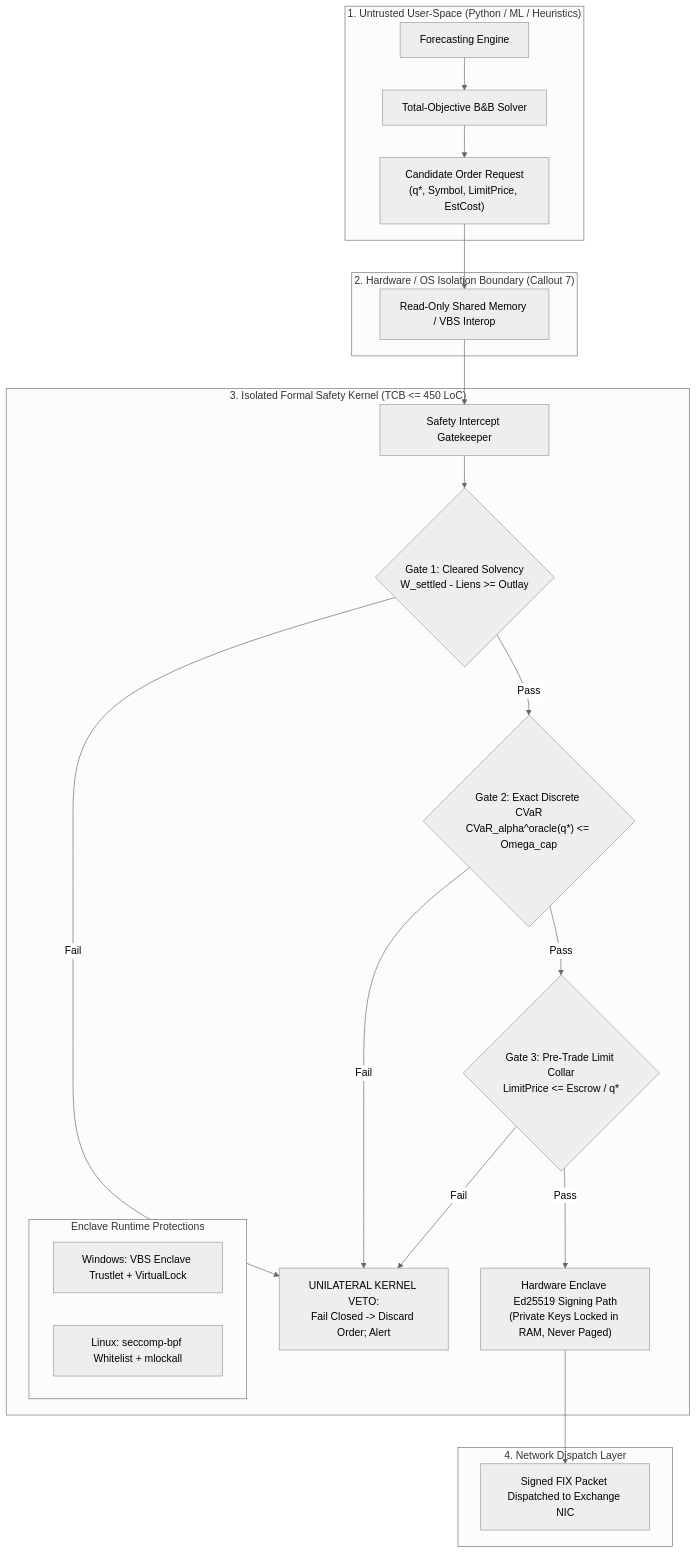
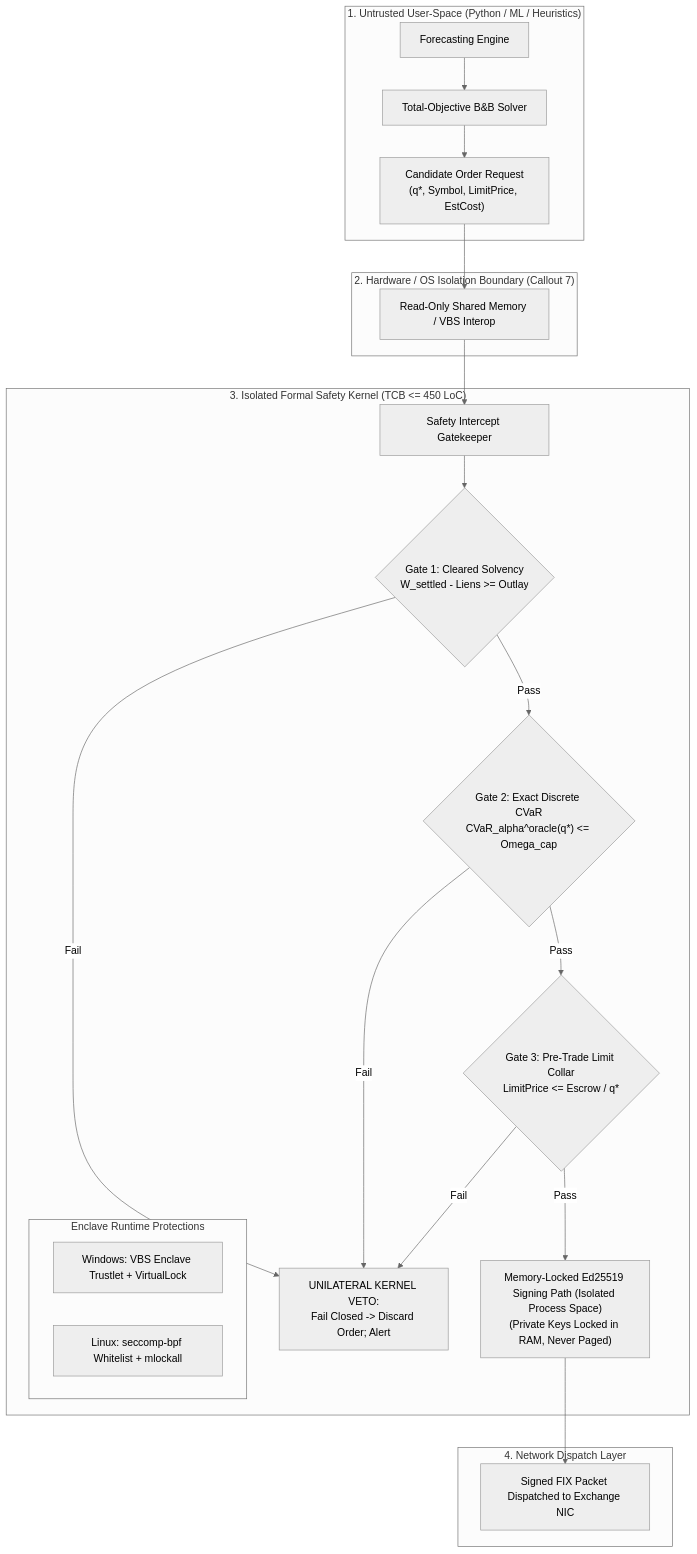
The diagram in docs/08_PLATFORM_SECURITY_AND_ISOLATED_SAFETY_KERNEL.md (2k25it2514261-cloud/alphaniti), drawn with Mermaid (neutral theme) before and after one commit. The commit also changed other lines of this file and 17 other files, not shown here.

````diff
--- a/docs/08_PLATFORM_SECURITY_AND_ISOLATED_SAFETY_KERNEL.md
+++ b/docs/08_PLATFORM_SECURITY_AND_ISOLATED_SAFETY_KERNEL.md
@@ -16,32 +16,32 @@
 ```mermaid
 flowchart TD
     subgraph UserSpace ["1. Untrusted User-Space (Python / ML / Heuristics)"]
         Forecasts["Forecasting Engine"] --> BB_Solver["Total-Objective B&B Solver"]
         BB_Solver --> CandidateOrder["Candidate Order Request<br/>(q*, Symbol, LimitPrice, EstCost)"]
     end
 
     subgraph IPC_Boundary ["2. Hardware / OS Isolation Boundary (Callout 7)"]
         CandidateOrder --> Pipe["Read-Only Shared Memory / VBS Interop"]
     end
 
     subgraph EnclaveTCB ["3. Isolated Formal Safety Kernel (TCB <= 450 LoC)"]
         Pipe --> Intercept["Safety Intercept Gatekeeper"]
         
         subgraph Hardening ["Enclave Runtime Protections"]
             Win["Windows: VBS Enclave Trustlet + VirtualLock"]
             Lin["Linux: seccomp-bpf Whitelist + mlockall"]
         end
         
         Intercept --> Gate1{"Gate 1: Cleared Solvency<br/>W_settled - Liens >= Outlay"}
         Gate1 -- Fail --> Veto["UNILATERAL KERNEL VETO:<br/>Fail Closed -> Discard Order; Alert"]
         Gate1 -- Pass --> Gate2{"Gate 2: Exact Discrete CVaR<br/>CVaR_alpha^oracle(q*) <= Omega_cap"}
         Gate2 -- Fail --> Veto
         Gate2 -- Pass --> Gate3{"Gate 3: Pre-Trade Limit Collar<br/>LimitPrice <= Escrow / q*"}
         Gate3 -- Fail --> Veto
-        Gate3 -- Pass --> Signer["Hardware Enclave Ed25519 Signing Path<br/>(Private Keys Locked in RAM, Never Paged)"]
+        Gate3 -- Pass --> Signer["Memory-Locked Ed25519 Signing Path (Isolated Process Space)<br/>(Private Keys Locked in RAM, Never Paged)"]
     end
 
     subgraph NetworkGateway ["4. Network Dispatch Layer"]
         Signer --> SignedPacket["Signed FIX Packet Dispatched to Exchange NIC"]
     end
 ```
````
